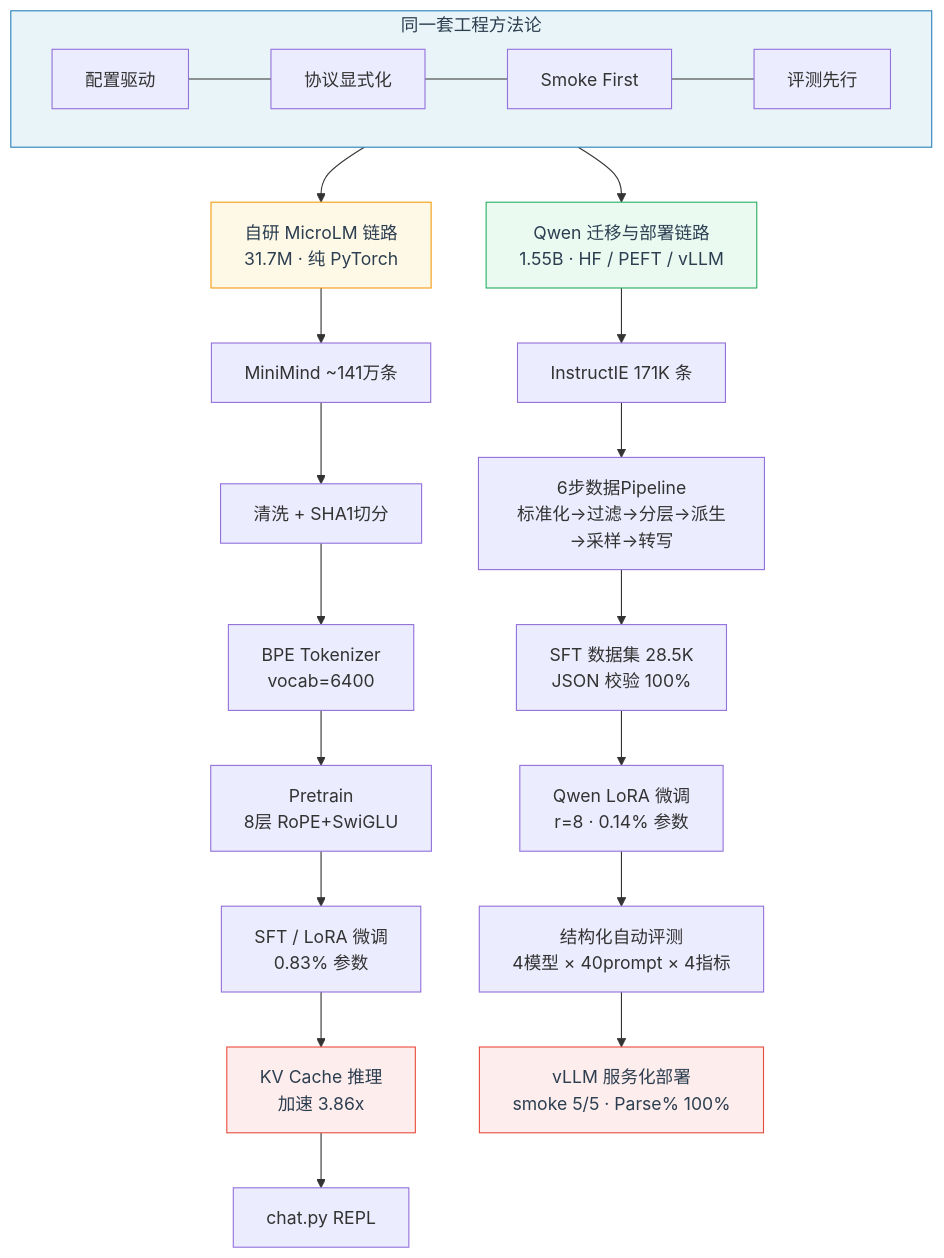
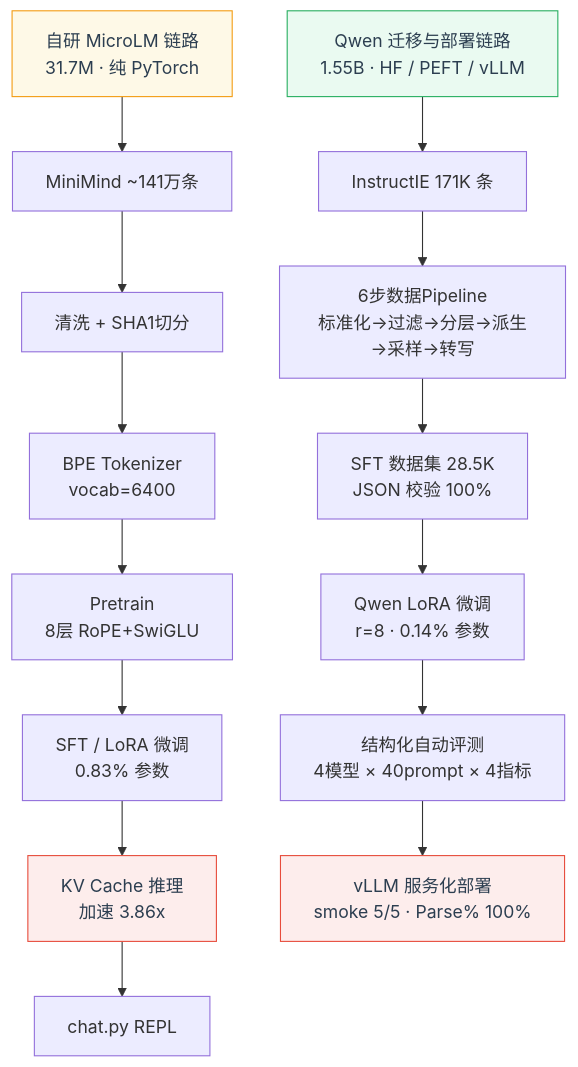
Before and after one commit to jiaran-king/MicroLM: the diagram in README.md, drawn with Mermaid. The commit also changed other lines of this file, not shown here.

````diff
--- a/README.md
+++ b/README.md
@@ -32,30 +34,25 @@
 ```mermaid
 flowchart TB
-    subgraph Root["同一套工程方法论"]
-        M1[配置驱动] --- M2[协议显式化] --- M3[Smoke First] --- M4[评测先行]
-    end
-
-    Root --> A["自研 MicroLM 链路<br/>31.7M · 纯 PyTorch"]
-    Root --> B["Qwen 迁移与部署链路<br/>1.55B · HF / PEFT / vLLM"]
+    A["自研 MicroLM 链路<br/>31.7M · 纯 PyTorch"]
+    B["Qwen 迁移与部署链路<br/>1.55B · HF / PEFT / vLLM"]
 
     A --> A1["MiniMind ~141万条"]
     A1 --> A2["清洗 + SHA1切分"]
     A2 --> A3["BPE Tokenizer<br/>vocab=6400"]
     A3 --> A4["Pretrain<br/>8层 RoPE+SwiGLU"]
     A4 --> A5["SFT / LoRA 微调<br/>0.83% 参数"]
     A5 --> A6["KV Cache 推理<br/>加速 3.86x"]
     A6 --> A7["chat.py REPL"]
 
     B --> B1["InstructIE 171K 条"]
     B1 --> B2["6步数据Pipeline<br/>标准化→过滤→分层→派生→采样→转写"]
     B2 --> B3["SFT 数据集 28.5K<br/>JSON 校验 100%"]
     B3 --> B4["Qwen LoRA 微调<br/>r=8 · 0.14% 参数"]
     B4 --> B5["结构化自动评测<br/>4模型 × 40prompt × 4指标"]
     B5 --> B6["vLLM 服务化部署<br/>smoke 5/5 · Parse% 100%"]
 
-    style Root fill:#e8f4f8,stroke:#2980b9,color:#2c3e50
     style A fill:#fef9e7,stroke:#f39c12,color:#2c3e50
     style B fill:#eafaf1,stroke:#27ae60,color:#2c3e50
     style A6 fill:#fdedec,stroke:#e74c3c,color:#2c3e50
     style B6 fill:#fdedec,stroke:#e74c3c,color:#2c3e50
 ```
````
